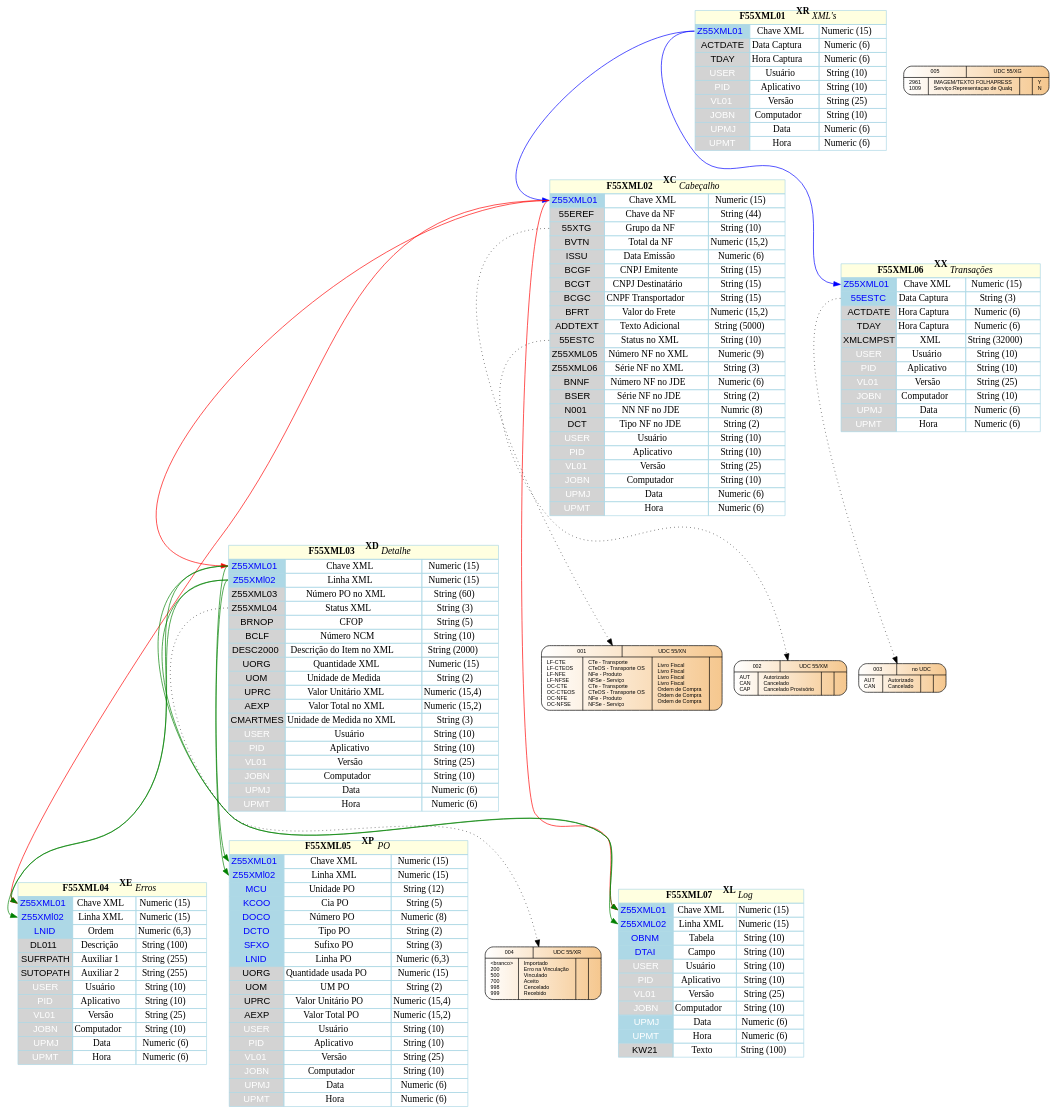
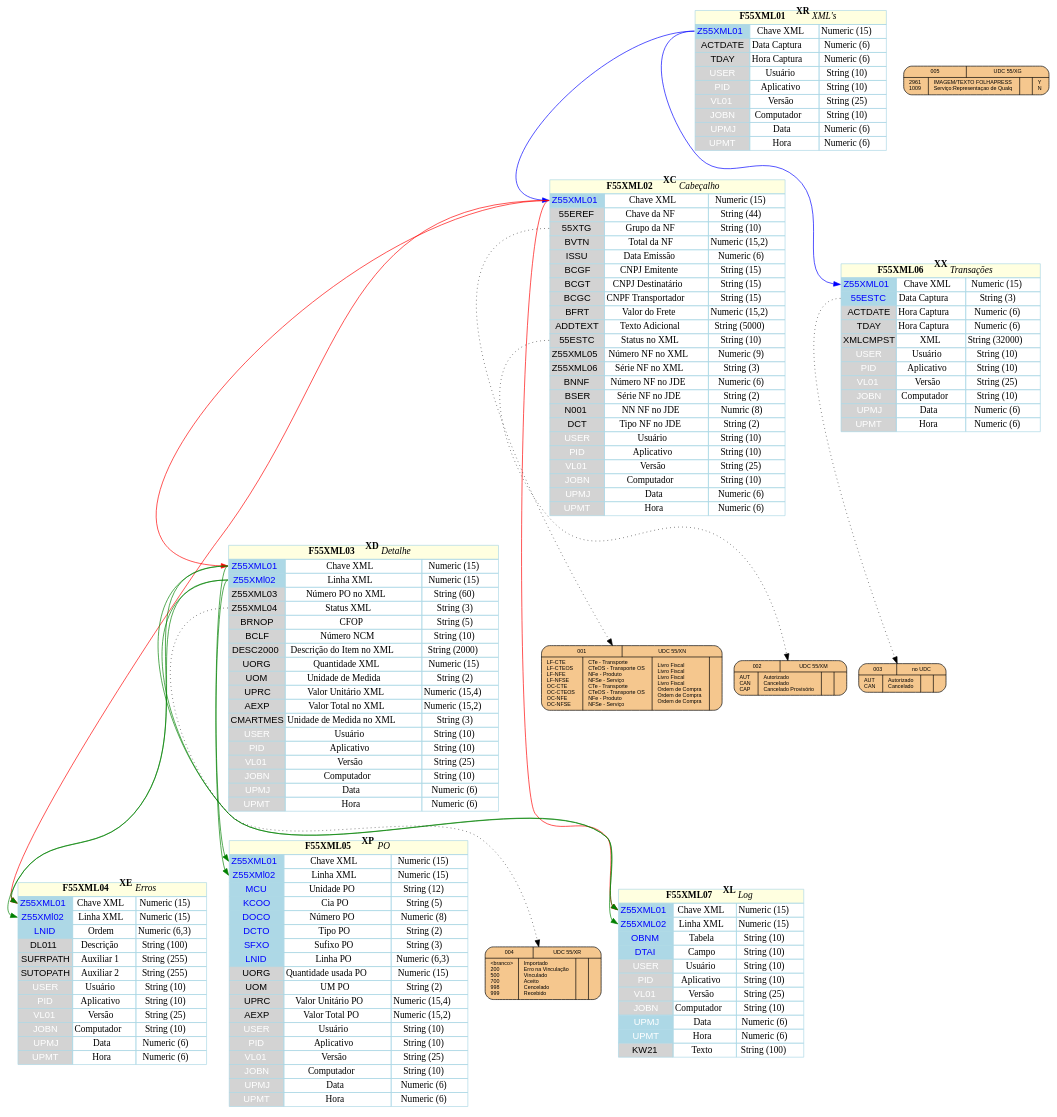
The diagram in ER XML - novo.gv (GiovaniPM/Graphs), drawn with Graphviz before and after one commit. The commit also changed 1 other file, not shown here.

```diff
--- a/ER XML - novo.gv
+++ b/ER XML - novo.gv
@@ -163,7 +163,7 @@
     fontsize = 8,
     shape=record,
     style="rounded,filled",
-    fillcolor="white:#f5c78e"
+    fillcolor="#f5c78e"
     label="{{001|
              UDC 55/XN}|{
              LF-CTE\l
@@ -196,7 +196,7 @@
     fontsize = 8,
     shape=record,
     style="rounded,filled",
-    fillcolor="white:#f5c78e"
+    fillcolor="#f5c78e"
     label="{{002|
              UDC 55/XM}|{
              AUT\l
@@ -212,7 +212,7 @@
     fontsize = 8,
     shape=record,
     style="rounded,filled",
-    fillcolor="white:#f5c78e"
+    fillcolor="#f5c78e"
     label="{{003|
            no UDC}|{
            AUT\l
@@ -226,7 +226,7 @@
     fontsize = 8,
     shape=record,
     style="rounded,filled",
-    fillcolor="white:#f5c78e"
+    fillcolor="#f5c78e"
     label="{{004|
              UDC 55/XR}|{
              \<branco\>\l
@@ -248,7 +248,7 @@
     fontsize = 8,
     shape=record,
     style="rounded,filled",
-    fillcolor="white:#f5c78e"
+    fillcolor="#f5c78e"
     label="{{005|
              UDC 55/XG}|{
              2961\l
```
